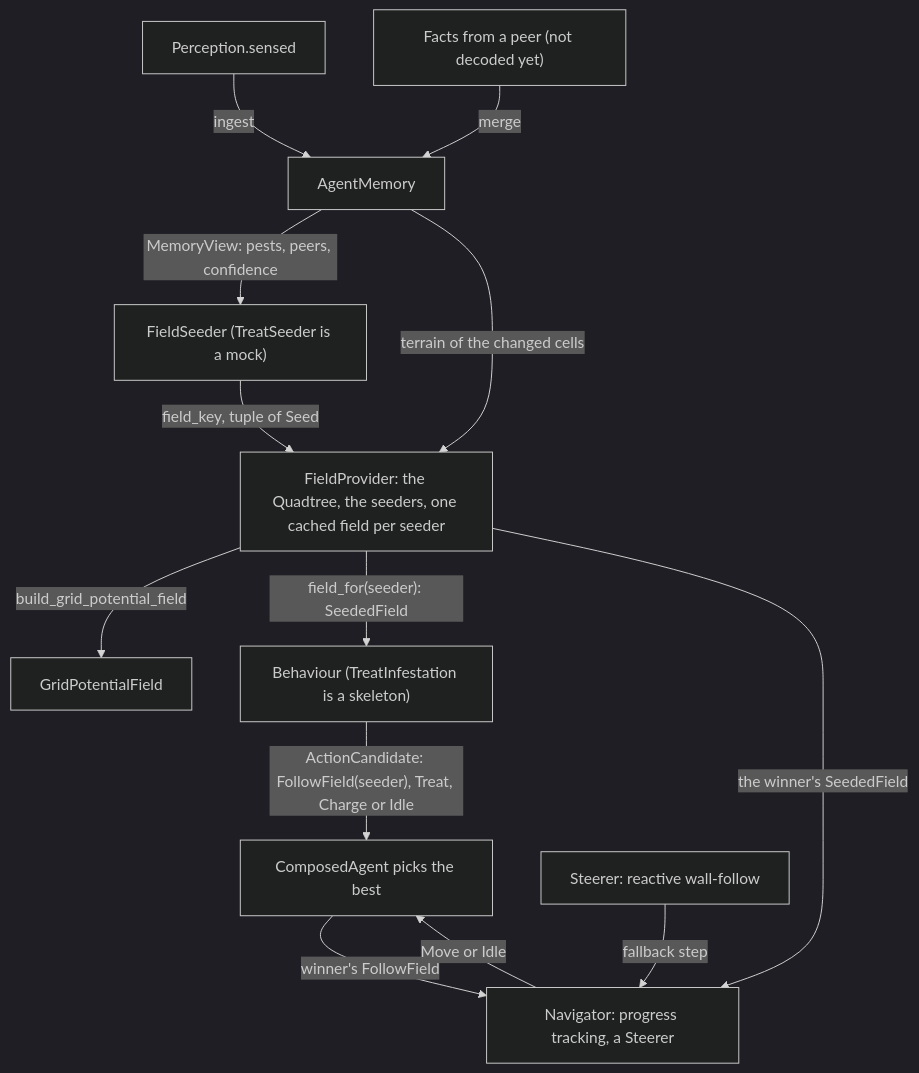
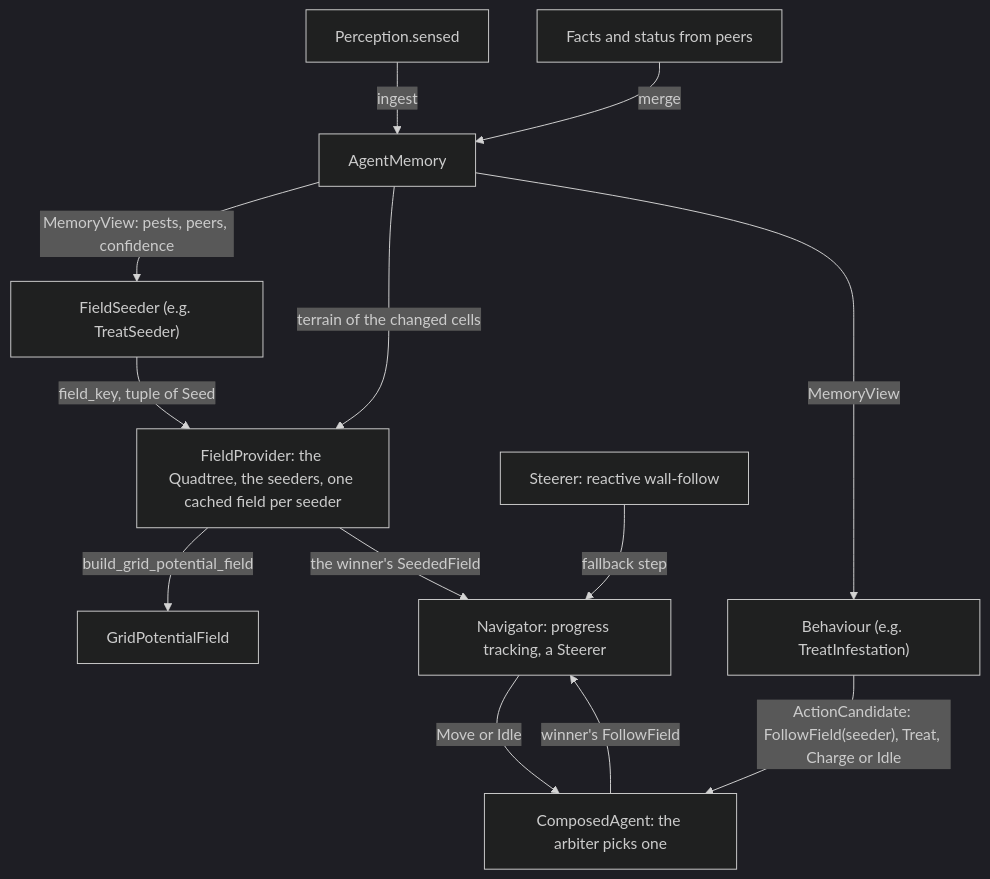
The first of 2 diagrams in docs/robot-memory-and-navigation.md (TychoGrapendaal/JIP_Swarm_Field), drawn with Mermaid (dark theme) before and after one commit. The commit also changed other lines of this file and 57 other files, not shown here.

First line of the commit message:
EXPLORE field seeder (#41) (#57)

````diff
--- a/docs/robot-memory-and-navigation.md
+++ b/docs/robot-memory-and-navigation.md
@@ -5,15 +5,15 @@
 ```mermaid
 flowchart TD
     S["Perception.sensed"] -->|ingest| M["AgentMemory"]
-    P["Facts from a peer (not decoded yet)"] -->|merge| M
-    M -->|"MemoryView: pests, peers, confidence"| O["FieldSeeder (TreatSeeder is a mock)"]
+    P["Facts and status from peers"] -->|merge| M
+    M -->|"MemoryView: pests, peers, confidence"| O["FieldSeeder (e.g. TreatSeeder)"]
     M -->|"terrain of the changed cells"| FP["FieldProvider: the Quadtree, the seeders, one cached field per seeder"]
     O -->|"field_key, tuple of Seed"| FP
     FP -->|build_grid_potential_field| F["GridPotentialField"]
-    FP -->|"field_for(seeder): SeededField"| H["Behaviour (TreatInfestation is a skeleton)"]
-    H -->|"ActionCandidate: FollowField(seeder), Treat, Charge or Idle"| A["ComposedAgent picks the best"]
+    M -->|"MemoryView"| H["Behaviour (e.g. TreatInfestation)"]
+    H -->|"ActionCandidate: FollowField(seeder), Treat, Charge or Idle"| A["ComposedAgent: the arbiter picks one"]
     FP -->|"the winner's SeededField"| N["Navigator: progress tracking, a Steerer"]
     A -->|"winner's FollowField"| N
     ST["Steerer: reactive wall-follow"] -->|"fallback step"| N
     N -->|"Move or Idle"| A
 ```
````
